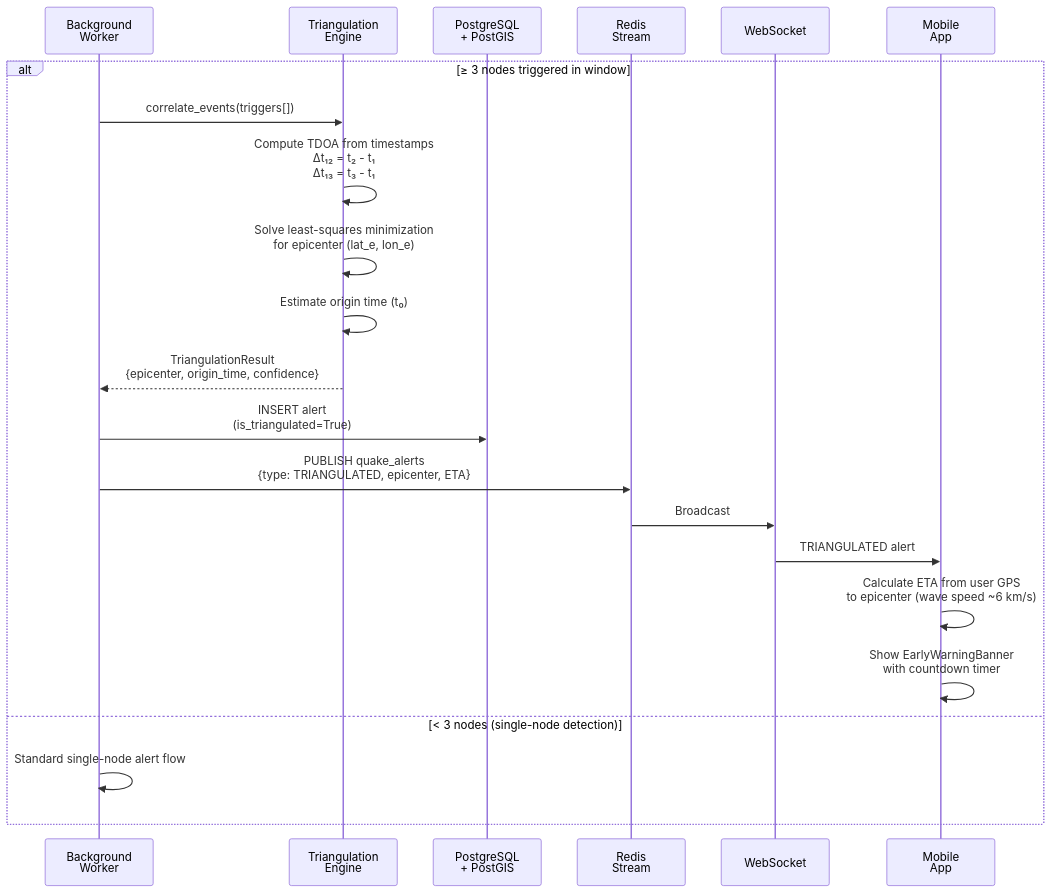
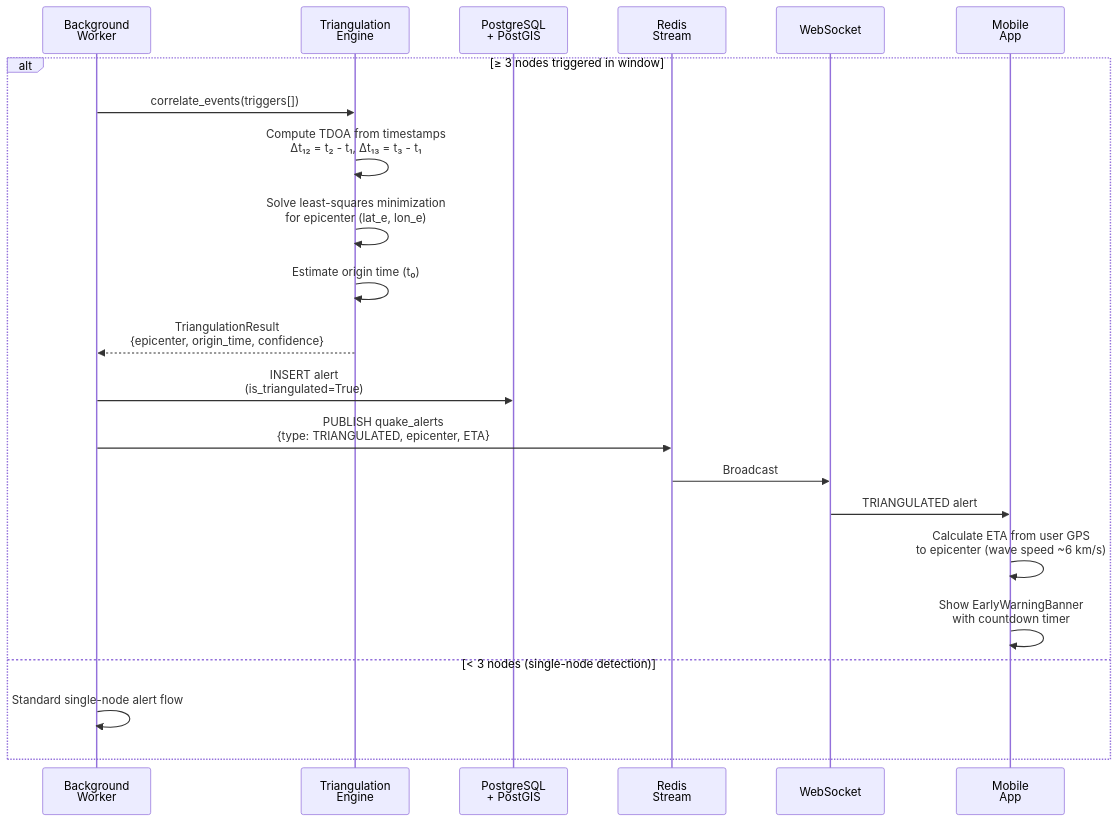
Before and after one commit to GiZano/QuakeGuard: the second of 2 diagrams in docs/diagrams/sequence-triangulation.md, drawn with Mermaid. The commit also changed other lines of this file and 14 other files, not shown here.

Commit message:
docs(whitepaper): apply fixed-size diagrams and prevent pdf page overflow

````diff
--- a/docs/diagrams/sequence-triangulation.md
+++ b/docs/diagrams/sequence-triangulation.md
@@ -35,36 +52,36 @@
 ```mermaid
-%%{init: {"sequence": {"actorFontSize": 20, "messageFontSize": 18, "noteFontSize": 18}}}%%
+%%{init: {"sequence": {"actorFontSize": 22, "messageFontSize": 20, "noteFontSize": 20, "actorMargin": 70, "messageMargin": 20, "boxMargin": 6, "boxTextMargin": 4, "noteMargin": 8, "diagramMarginX": 20, "diagramMarginY": 8}}}%%
 sequenceDiagram
     participant Worker as Background<br/>Worker
     participant Tri as Triangulation<br/>Engine
     participant DB as PostgreSQL<br/>+ PostGIS
     participant Redis as Redis<br/>Stream
     participant WS as WebSocket
     participant App as Mobile<br/>App
 
     alt ≥ 3 nodes triggered in window
         Worker->>Tri: correlate_events(triggers[])
 
-        Tri->>Tri: Compute TDOA from timestamps<br/>Δt₁₂ = t₂ - t₁<br/>Δt₁₃ = t₃ - t₁
+        Tri->>Tri: Compute TDOA from timestamps<br/>Δt₁₂ = t₂ - t₁, Δt₁₃ = t₃ - t₁
 
         Tri->>Tri: Solve least-squares minimization<br/>for epicenter (lat_e, lon_e)
 
         Tri->>Tri: Estimate origin time (t₀)
 
         Tri-->>Worker: TriangulationResult<br/>{epicenter, origin_time, confidence}
 
         Worker->>DB: INSERT alert<br/>(is_triangulated=True)
 
         Worker->>Redis: PUBLISH quake_alerts<br/>{type: TRIANGULATED, epicenter, ETA}
 
         Redis->>WS: Broadcast
         WS->>App: TRIANGULATED alert
 
         App->>App: Calculate ETA from user GPS<br/>to epicenter (wave speed ~6 km/s)
 
         App->>App: Show EarlyWarningBanner<br/>with countdown timer
 
     else < 3 nodes (single-node detection)
         Worker->>Worker: Standard single-node alert flow
     end
 ```
````
